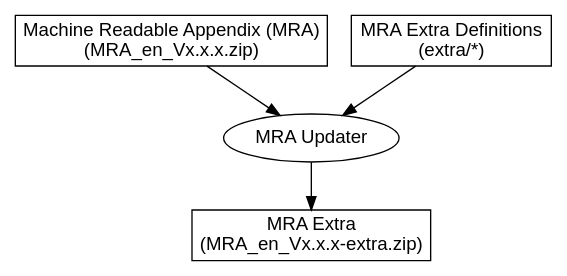
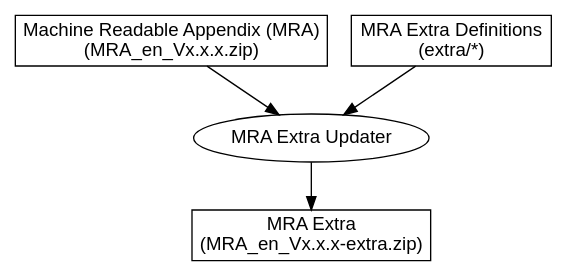
One commit to cybergarage/uecho-mra-extra changed the diagram in img/mra-extra-flow.dot. Above: the diagram before and after it, drawn with Graphviz. The commit also changed 1 other file, not shown here.

```diff
--- a/img/mra-extra-flow.dot
+++ b/img/mra-extra-flow.dot
@@ -1,19 +1,19 @@
 digraph G {
     
     graph [rankdir = TB];
 
     node [fontname="Helvetica,Arial,sans-serif"]
     edge [fontname="Helvetica,Arial,sans-serif"]
 
     node [shape=box]; mra; mardef; mraex;
     node [shape=ellipse];  mraup;
     
     "mra" [label="Machine Readable Appendix (MRA)\n(MRA_en_Vx.x.x.zip)"]
     "mardef" [label="MRA Extra Definitions\n(extra/*)"]
-    "mraup" [label="MRA Updater"]
+    "mraup" [label="MRA Extra Updater"]
     "mraex" [label="MRA Extra\n(MRA_en_Vx.x.x-extra.zip)"]
     
     "mra" -> "mraup"
     "mardef" -> "mraup"
     "mraup" -> "mraex"
 }
```
